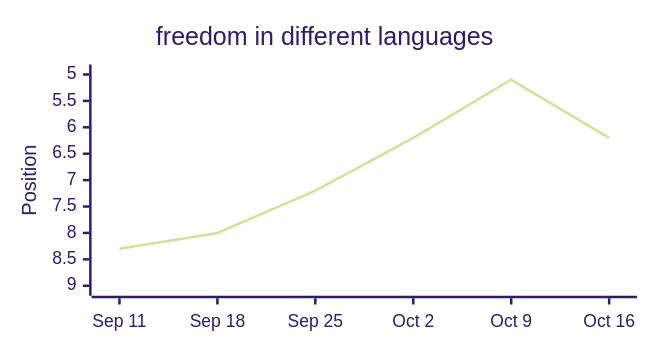
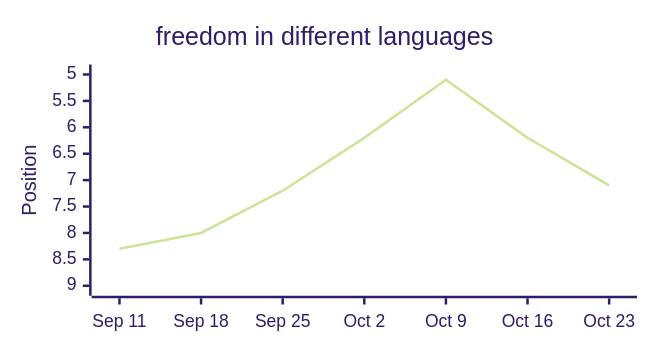
One commit to langx/website changed diagram 11 of 13 in latest.md. Above: the diagram before and after it, drawn with Mermaid (forest theme). The commit also changed other lines of this file and 2 other files, not shown here.

````diff
--- a/latest.md
+++ b/latest.md
@@ -170,13 +170,13 @@
 ```mermaid
 ---
 config:
   xyChart:
     width: 500
     height: 260
 ---
 xychart-beta
   title "freedom in different languages"
-  x-axis ["Sep 11", "Sep 18", "Sep 25", "Oct 2", "Oct 9", "Oct 16"]
+  x-axis ["Sep 11", "Sep 18", "Sep 25", "Oct 2", "Oct 9", "Oct 16", "Oct 23"]
   y-axis "Position" 9 --> 5
-  line [8.3, 8, 7.2, 6.2, 5.1, 6.2]
+  line [8.3, 8, 7.2, 6.2, 5.1, 6.2, 7.1]
 ```
````
